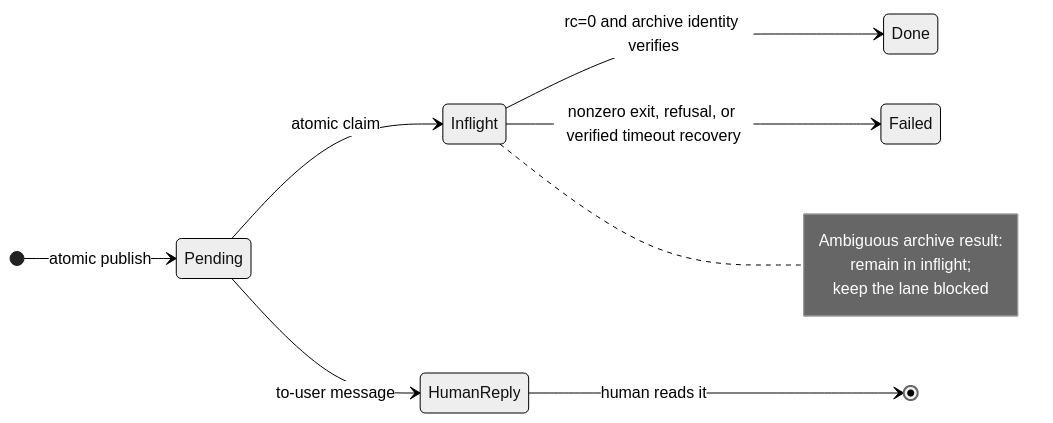
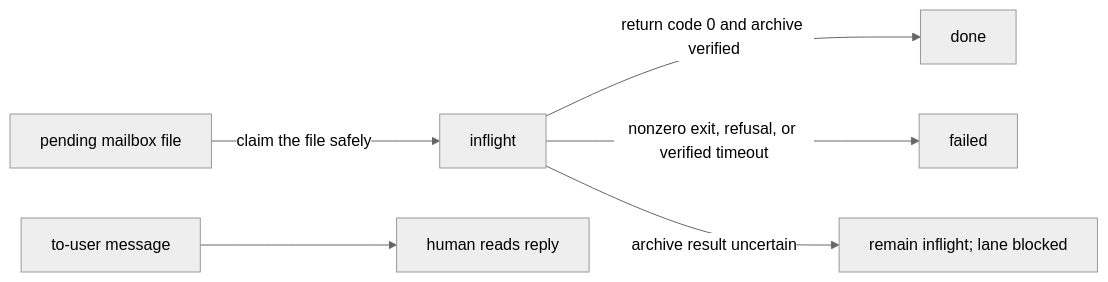
The third of 7 diagrams in ai/README.md (SBU-COSMOLIKE/emulators_code_v2), drawn with Mermaid (neutral theme) before and after one commit. The commit also changed other lines of this file and 1 other file, not shown here.

````diff
--- a/ai/README.md
+++ b/ai/README.md
@@ -527,15 +589,8 @@
 ```mermaid
-stateDiagram-v2
-  direction LR
-  [*] --> Pending: atomic publish
-  Pending --> Inflight: atomic claim
-  Inflight --> Done: rc=0 and archive identity verifies
-  Inflight --> Failed: nonzero exit, refusal, or verified timeout recovery
-  Pending --> HumanReply: to-user message
-  HumanReply --> [*]: human reads it
-  note right of Inflight
-    Ambiguous archive result:
-    remain in inflight;
-    keep the lane blocked
-  end note
+flowchart LR
+  P["pending mailbox file"] -->|"claim the file safely"| I["inflight"]
+  I -->|"return code 0 and archive verified"| D["done"]
+  I -->|"nonzero exit, refusal, or verified timeout"| F["failed"]
+  I -->|"archive result uncertain"| B["remain inflight; lane blocked"]
+  H["to-user message"] --> U["human reads reply"]
 ```
````
